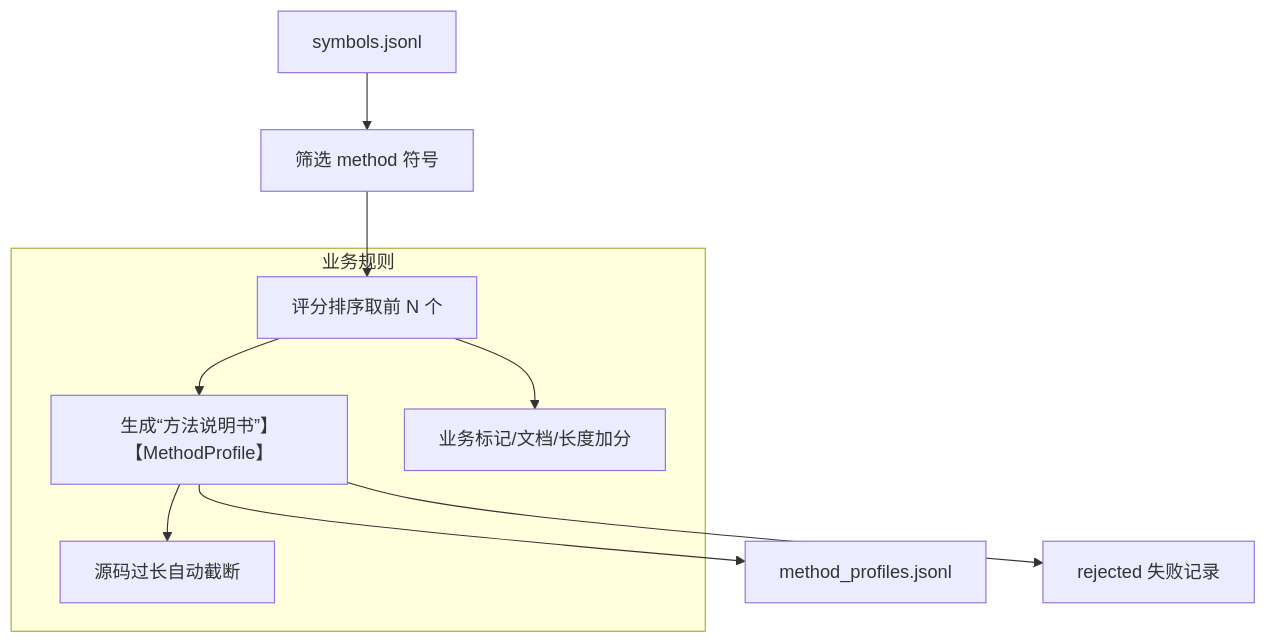
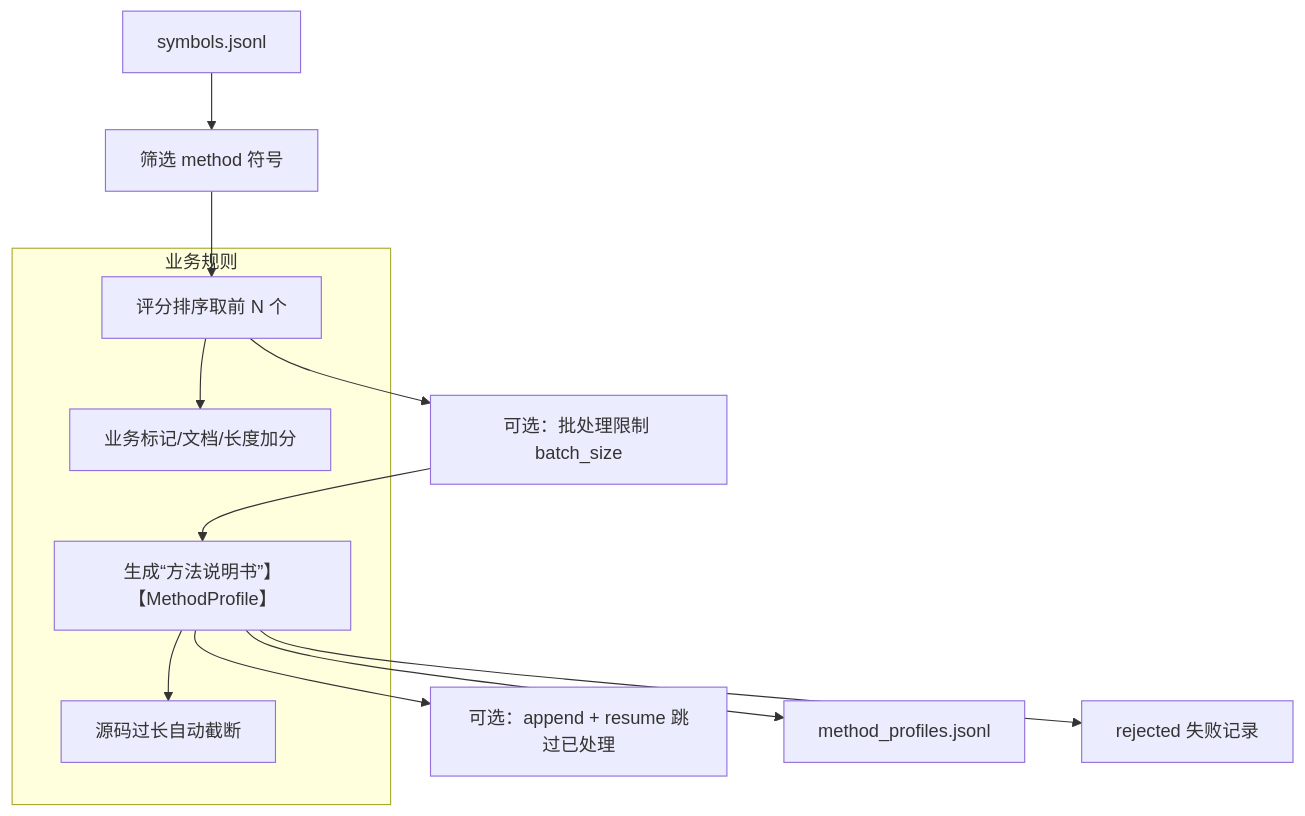
One commit to FlutteryEmbers/intelligent_code changed the second of 2 diagrams in docs/features/01_ingestion/method_understanding.md. Above: the diagram before and after it, drawn with Mermaid. The commit also changed other lines of this file and 12 other files, not shown here.

````diff
--- a/docs/features/01_ingestion/method_understanding.md
+++ b/docs/features/01_ingestion/method_understanding.md
@@ -76,13 +81,15 @@
 ```mermaid
 flowchart TD
   A[symbols.jsonl] --> B[筛选 method 符号]
   B --> C[评分排序取前 N 个]
-  C --> D[生成“方法说明书”】【MethodProfile】]
-  D --> E[method_profiles.jsonl]
-  D --> F[rejected 失败记录]
+  C --> D[可选：批处理限制 batch_size]
+  D --> E[生成“方法说明书”】【MethodProfile】]
+  E --> F[可选：append + resume 跳过已处理]
+  E --> G[method_profiles.jsonl]
+  E --> H[rejected 失败记录]
 
   subgraph 业务规则
     C --> C1[业务标记/文档/长度加分]
-    D --> D1[源码过长自动截断]
+    E --> E1[源码过长自动截断]
   end
 ```
````
